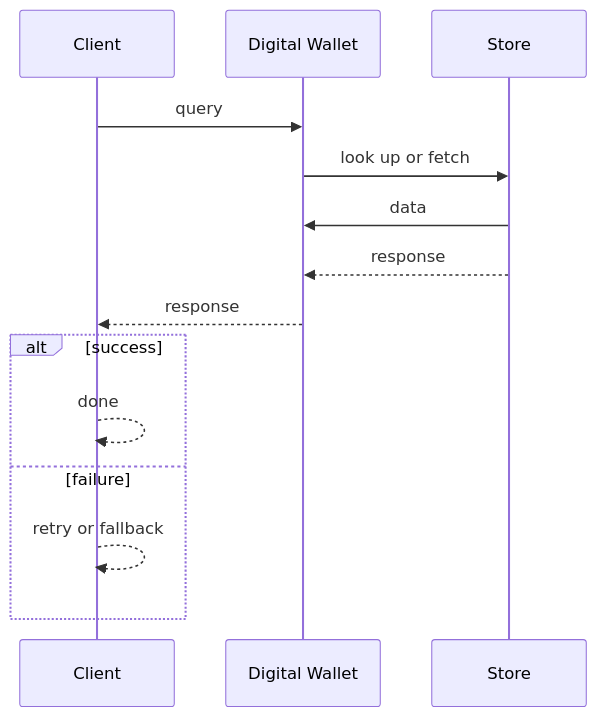
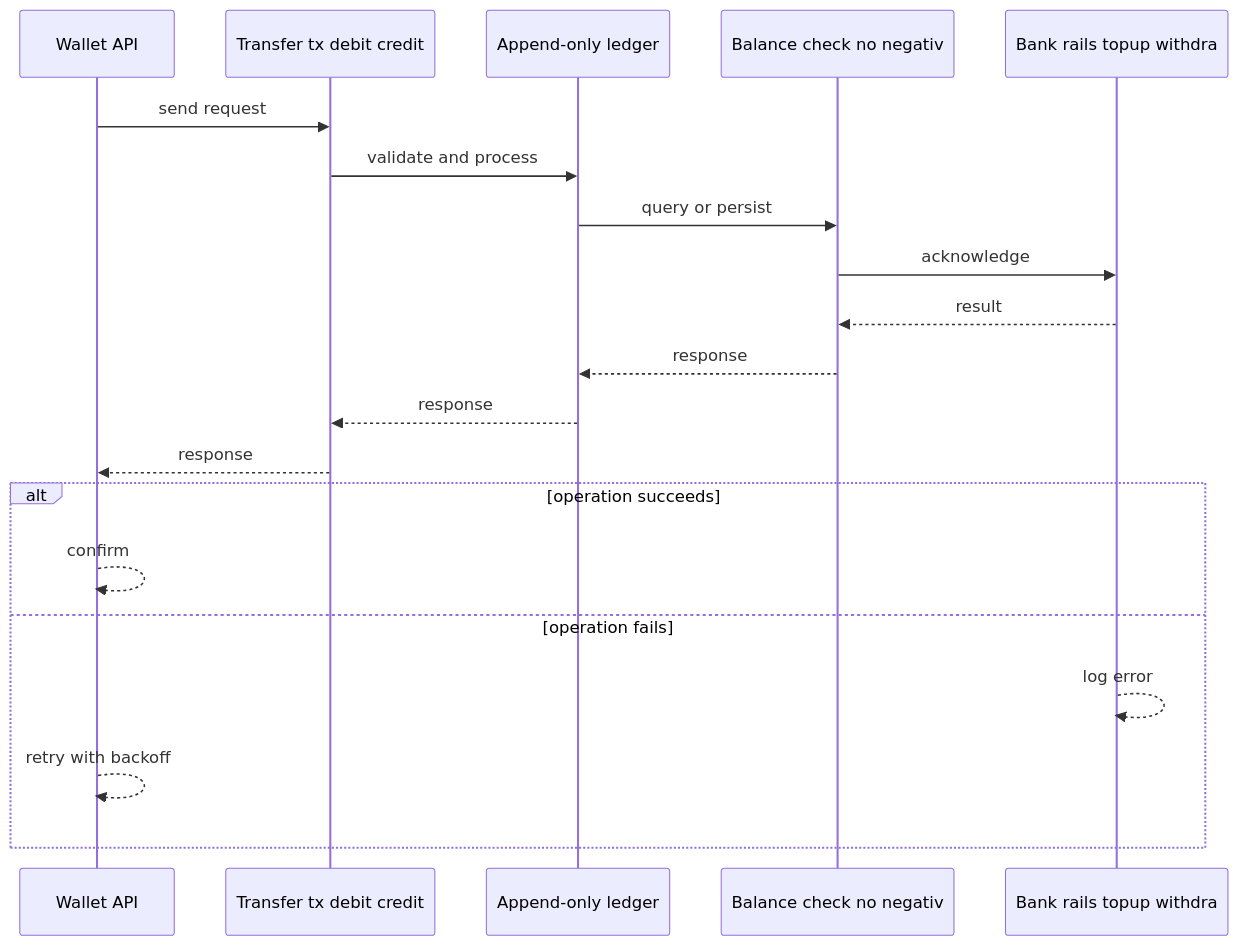
The second of 4 diagrams in case-studies/advanced/digital-wallet.md (RIT-MESH/system-design-mastery), drawn with Mermaid before and after one commit. The commit also changed other lines of this file and 64 other files, not shown here.

````diff
--- a/case-studies/advanced/digital-wallet.md
+++ b/case-studies/advanced/digital-wallet.md
@@ -79,17 +67,23 @@
 ```mermaid
 %% created-for: system-design-mastery
 sequenceDiagram
-  participant P0 as Client
-  participant P1 as Digital Wallet
-  participant P2 as Store
-  P0 ->> P1: query
-  P1 ->> P2: look up or fetch
-  P2 ->> P1: data
-  P2 -->> P1: response
-  P1 -->> P0: response
-  alt success
-    P0 -->> P0: done
-  else failure
-    P0 -->> P0: retry or fallback
+  participant C0 as Wallet API
+  participant C1 as Transfer tx debit credit
+  participant C2 as Append-only ledger
+  participant C3 as Balance check no negativ
+  participant C4 as Bank rails topup withdra
+  C0 ->> C1: send request
+  C1 ->> C2: validate and process
+  C2 ->> C3: query or persist
+  C3 ->> C4: acknowledge
+  C4 -->> C3: result
+  C3 -->> C2: response
+  C2 -->> C1: response
+  C1 -->> C0: response
+  alt operation succeeds
+    C0 -->> C0: confirm
+  else operation fails
+    C4 -->> C4: log error
+    C0 -->> C0: retry with backoff
   end
 ```
````
